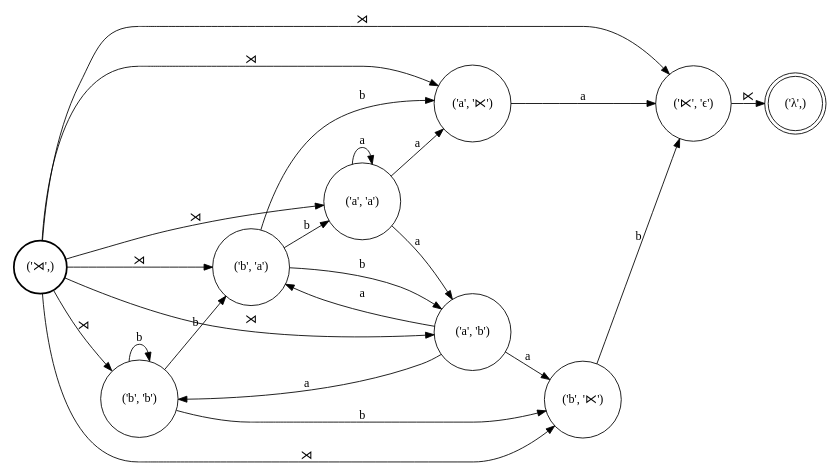
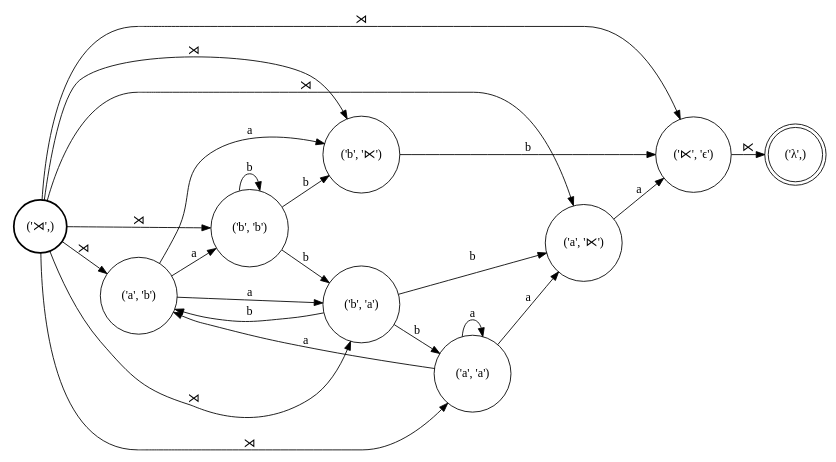
One commit to colincwilson/wynini changed the diagram in demo/R.dot. Above: the diagram before and after it, drawn with Graphviz. The commit also changed other lines of this file and 7 other files, not shown here.

```diff
--- a/demo/R.dot
+++ b/demo/R.dot
@@ -1,39 +1,39 @@
 digraph FST {
 rankdir = LR;
 size = "8.5,11";
 center = 1;
 orientation = Portrait;
 ranksep = "0.4";
 nodesep = "0.25";
 8 [label = "('⋊',)", shape = circle, style = bold, fontsize = 14]
+	8 -> 2 [label = "⋊", fontsize = 14];
+	8 -> 5 [label = "⋊", fontsize = 14];
+	8 -> 6 [label = "⋊", fontsize = 14];
+	8 -> 3 [label = "⋊", fontsize = 14];
 	8 -> 1 [label = "⋊", fontsize = 14];
 	8 -> 4 [label = "⋊", fontsize = 14];
 	8 -> 7 [label = "⋊", fontsize = 14];
-	8 -> 5 [label = "⋊", fontsize = 14];
-	8 -> 2 [label = "⋊", fontsize = 14];
-	8 -> 3 [label = "⋊", fontsize = 14];
-	8 -> 6 [label = "⋊", fontsize = 14];
 0 [label = "('λ',)", shape = doublecircle, style = solid, fontsize = 14]
 1 [label = "('⋉', 'ϵ')", shape = circle, style = solid, fontsize = 14]
 	1 -> 0 [label = "⋉", fontsize = 14];
 2 [label = "('b', '⋉')", shape = circle, style = solid, fontsize = 14]
 	2 -> 1 [label = "b", fontsize = 14];
 3 [label = "('a', '⋉')", shape = circle, style = solid, fontsize = 14]
 	3 -> 1 [label = "a", fontsize = 14];
 4 [label = "('b', 'b')", shape = circle, style = solid, fontsize = 14]
 	4 -> 2 [label = "b", fontsize = 14];
+	4 -> 6 [label = "b", fontsize = 14];
 	4 -> 4 [label = "b", fontsize = 14];
-	4 -> 6 [label = "b", fontsize = 14];
 5 [label = "('a', 'b')", shape = circle, style = solid, fontsize = 14]
 	5 -> 2 [label = "a", fontsize = 14];
+	5 -> 6 [label = "a", fontsize = 14];
 	5 -> 4 [label = "a", fontsize = 14];
-	5 -> 6 [label = "a", fontsize = 14];
 6 [label = "('b', 'a')", shape = circle, style = solid, fontsize = 14]
 	6 -> 3 [label = "b", fontsize = 14];
+	6 -> 5 [label = "b", fontsize = 14];
 	6 -> 7 [label = "b", fontsize = 14];
-	6 -> 5 [label = "b", fontsize = 14];
 7 [label = "('a', 'a')", shape = circle, style = solid, fontsize = 14]
 	7 -> 3 [label = "a", fontsize = 14];
+	7 -> 5 [label = "a", fontsize = 14];
 	7 -> 7 [label = "a", fontsize = 14];
-	7 -> 5 [label = "a", fontsize = 14];
 }
```
